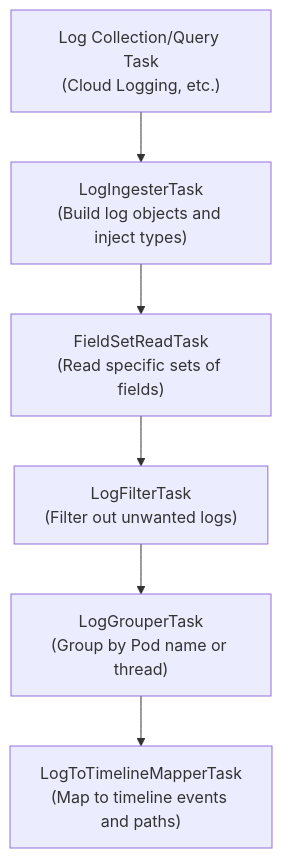
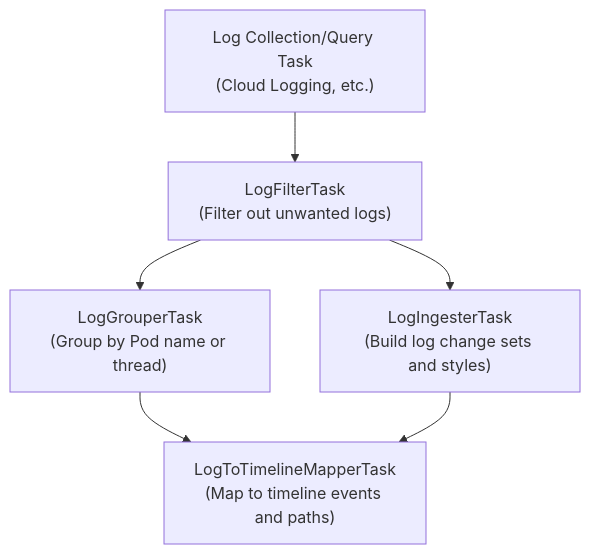
One commit to GoogleCloudPlatform/khi changed the diagram in docs/en/task-system/02-log-processing-cookbook.md. Above: the diagram before and after it, drawn with Mermaid. The commit also changed other lines of this file and 200 other files, not shown here.

````diff
--- a/docs/en/task-system/02-log-processing-cookbook.md
+++ b/docs/en/task-system/02-log-processing-cookbook.md
@@ -24,15 +23,14 @@
 ```mermaid
 flowchart TD
     Fetch["Log Collection/Query Task<br>(Cloud Logging, etc.)"]
-    Ingester["LogIngesterTask<br>(Build log objects and inject types)"]
-    FieldSet["FieldSetReadTask<br>(Read specific sets of fields)"]
     Filter["LogFilterTask<br>(Filter out unwanted logs)"]
     Grouper["LogGrouperTask<br>(Group by Pod name or thread)"]
+    Ingester["LogIngesterTask<br>(Build log change sets and styles)"]
     Mapper["LogToTimelineMapperTask<br>(Map to timeline events and paths)"]
 
-    Fetch --> Ingester
-    Ingester --> FieldSet
-    FieldSet --> Filter
+    Fetch --> Filter
     Filter --> Grouper
+    Filter --> Ingester
     Grouper --> Mapper
+    Ingester --> Mapper
 ```
````
